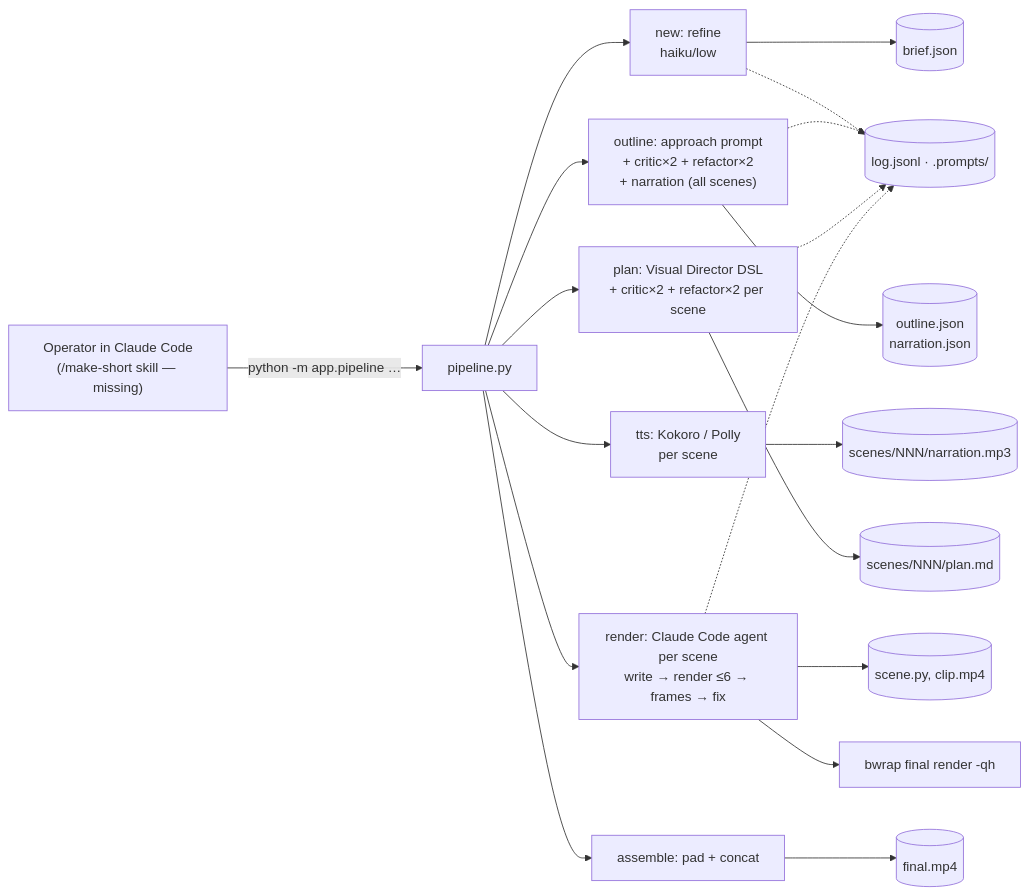
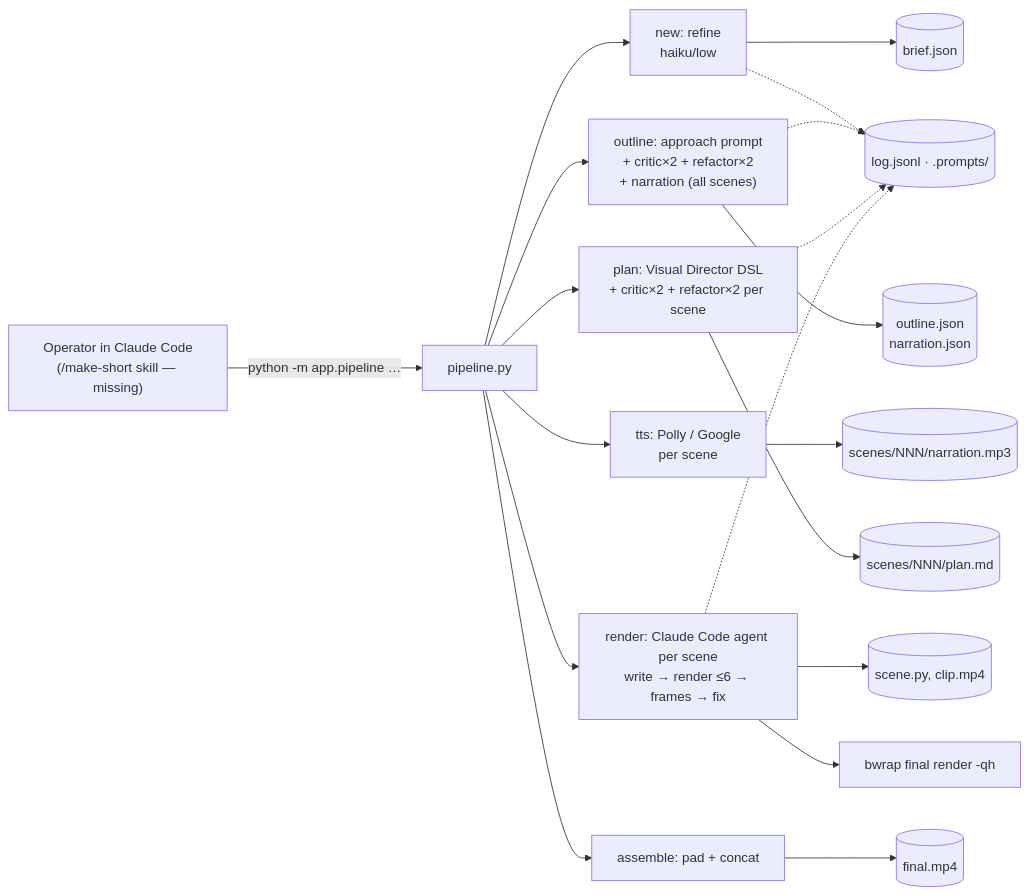
Before and after one commit to GARV-PATEL-11/Text-2-Shorts: the diagram in diagrams/02-current-architecture.mmd, drawn with Mermaid. The commit also changed 21 other files, not shown here.

```diff
--- a/diagrams/02-current-architecture.mmd
+++ b/diagrams/02-current-architecture.mmd
@@ -1,10 +1,10 @@
 flowchart LR
     U["Operator in Claude Code<br/>(/make-short skill — missing)"] -->|"python -m app.pipeline …"| CLI[pipeline.py]
     CLI --> R["new: refine<br/>haiku/low"] --> B[(brief.json)]
     CLI --> O["outline: approach prompt<br/>+ critic×2 + refactor×2<br/>+ narration (all scenes)"] --> OJ[(outline.json<br/>narration.json)]
-    CLI --> T["tts: Kokoro / Polly<br/>per scene"] --> A[(scenes/NNN/narration.mp3)]
+    CLI --> T["tts: Polly / Google<br/>per scene"] --> A[(scenes/NNN/narration.mp3)]
     CLI --> P["plan: Visual Director DSL<br/>+ critic×2 + refactor×2 per scene"] --> PM[(scenes/NNN/plan.md)]
     CLI --> RE["render: Claude Code agent per scene<br/>write → render ≤6 → frames → fix"] --> SP[(scene.py, clip.mp4)]
     RE --> J["bwrap final render -qh"]
     CLI --> AS["assemble: pad + concat"] --> F[(final.mp4)]
     R & O & P & RE -.-> L[(log.jsonl · .prompts/)]
```
